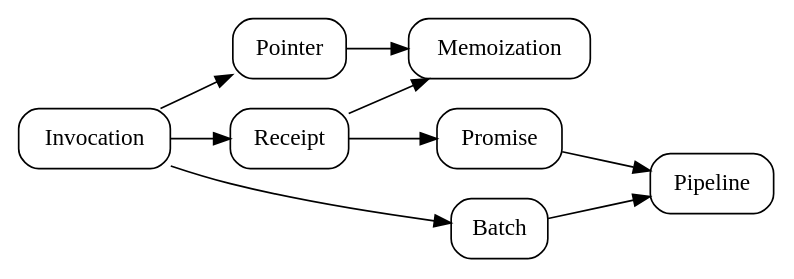
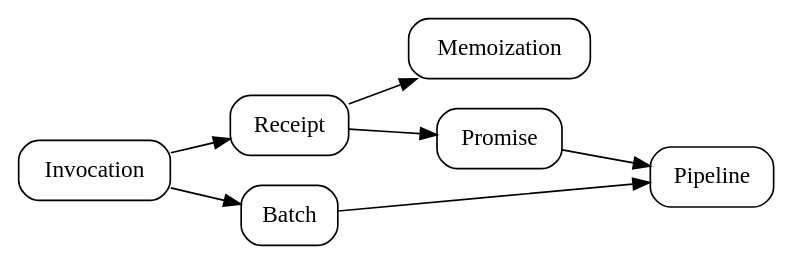
One commit to ucan-wg/invocation changed the diagram in diagrams/concepts.dot. Above: the diagram before and after it, drawn with Graphviz.

Commit message:
Wait, atually

```diff
--- a/diagrams/concepts.dot
+++ b/diagrams/concepts.dot
@@ -1,13 +1,12 @@
 digraph {
     rankdir="LR"
 
     node [
       style=rounded
       shape=box
     ]
 
-    Invocation -> Pointer -> Memoization
     Receipt -> Memoization
     Invocation -> Receipt -> Promise -> Pipeline
     Invocation -> Batch -> Pipeline
 }
```
